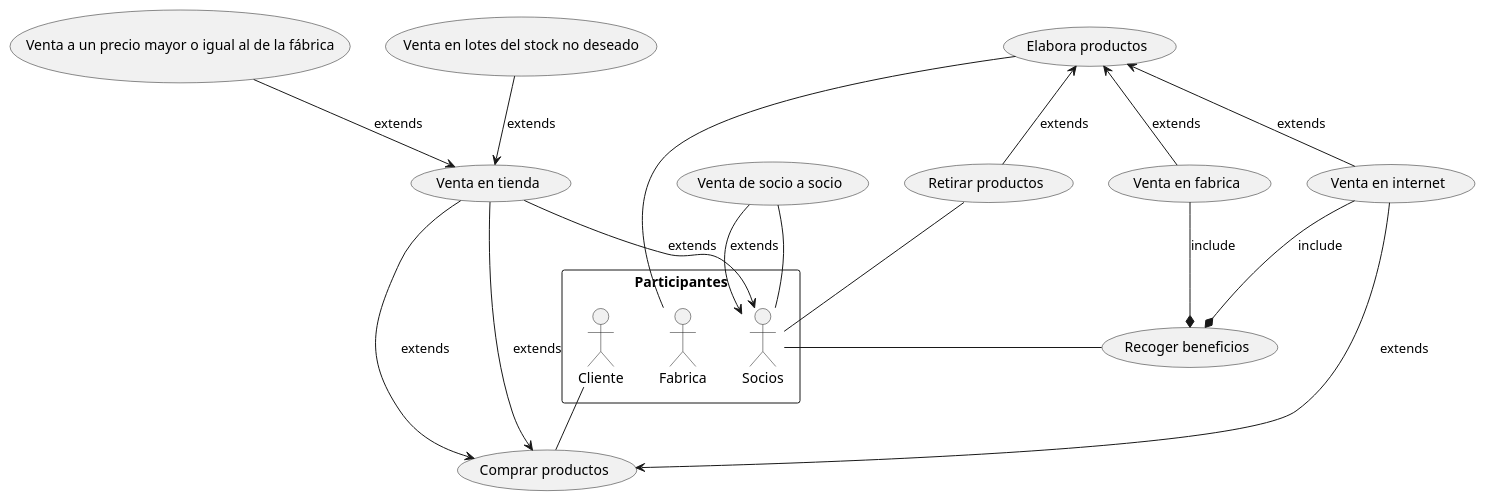
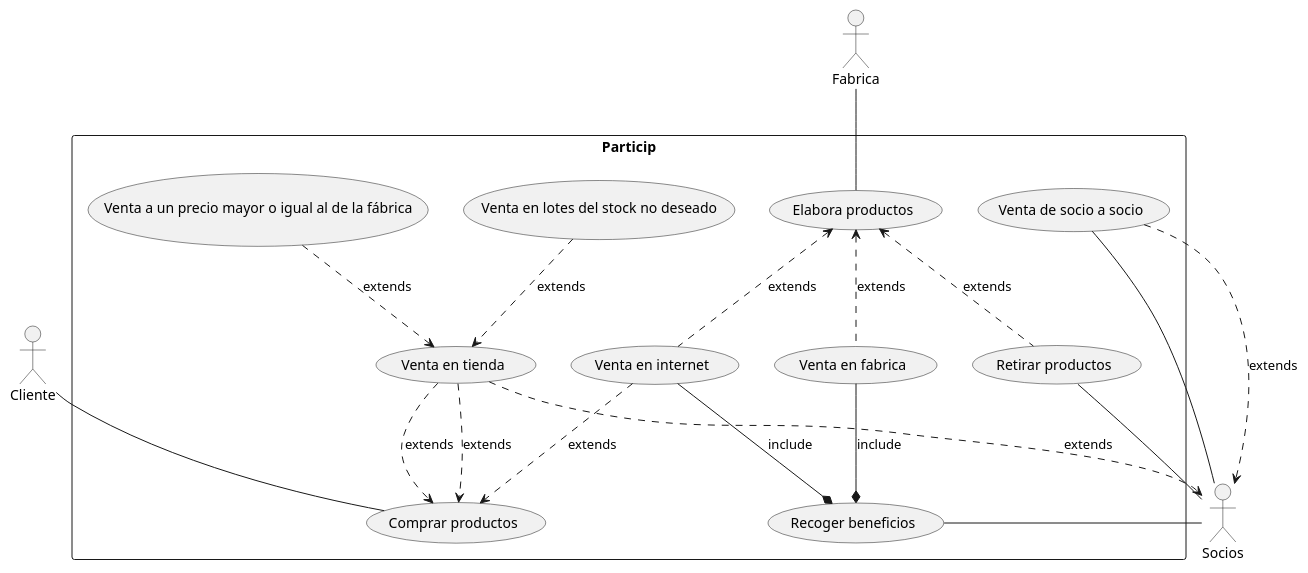
The diagram in Ej01.puml (AlonsoViBa/PUML), drawn with PlantUML before and after one commit. The commit also changed 2 other files, not shown here.

```diff
--- a/Ej01.puml
+++ b/Ej01.puml
@@ -1,49 +1,43 @@
 @startuml EJ 1
 skinparam packageStyle rectangle
+    actor Socios
+    actor Fabrica
+    actor Cliente
 
+rectangle Particip{
 
 (Comprar productos) as (Buy)
 (Venta en fabrica) as (VF)
 (Venta en internet) as (VI)
 (Venta en tienda) as (VT)
 (Venta de socio a socio) as (VSS)
 (Recoger beneficios) as (Ben)
 (Elabora productos) as (Produc)
 (Retirar productos) as (Recoger)
 (Venta a un precio mayor o igual al de la fábrica) as (VentaNormal)
 (Venta en lotes del stock no deseado) as (Lotes)
 
-rectangle Participantes{
+    Fabrica --  Produc
+    Produc <.. VI : extends
+    Produc <.. VF : extends
 
-    actor Socios
+    Produc <.. Recoger : extends
 
-    actor Fabrica
+    Recoger -- Socios
 
-    actor Cliente
-    
+    VSS ..> Socios : extends
+    Socios -- VSS
+    VT ..> Socios : extends
+
+    VentaNormal ..> VT : extends
+    Lotes ..> VT : extends
+
+    Cliente -- Buy
+    VT ..> Buy: extends
+    VT ..> Buy : extends
+    VI ..> Buy : extends
+    VF --* Ben : include
+    VI --* Ben : include
+    Ben -- Socios
 }
-
-Fabrica --  Produc
-Produc <-- VI : extends
-Produc <-- VF : extends
-
-Produc <-- Recoger : extends
-
-Recoger -- Socios
-
-VSS --> Socios : extends
-Socios -- VSS
-VT --> Socios : extends
-
-VentaNormal --> VT : extends
-Lotes --> VT : extends
-
-Cliente -- Buy
-VT --> Buy: extends
-VT --> Buy : extends
-VI --> Buy : extends
-VF --* Ben : include
-VI --* Ben : include
-Ben -- Socios
-
 @enduml
```
